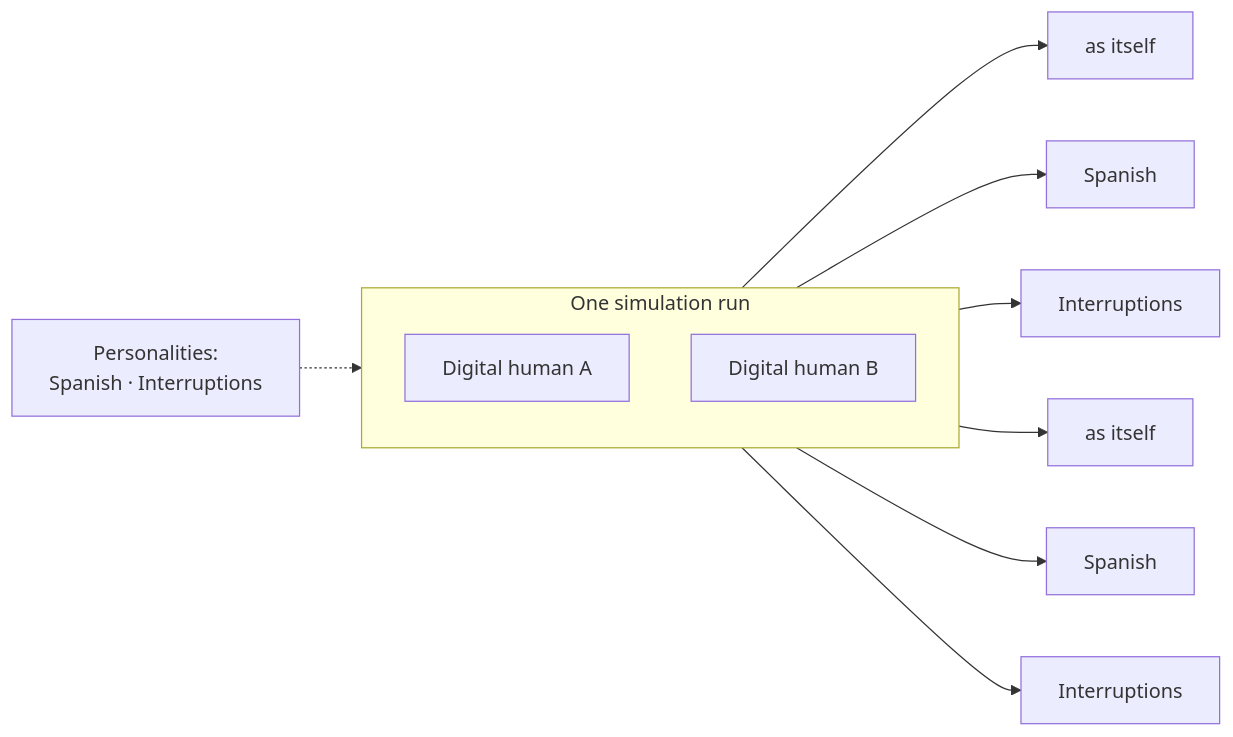
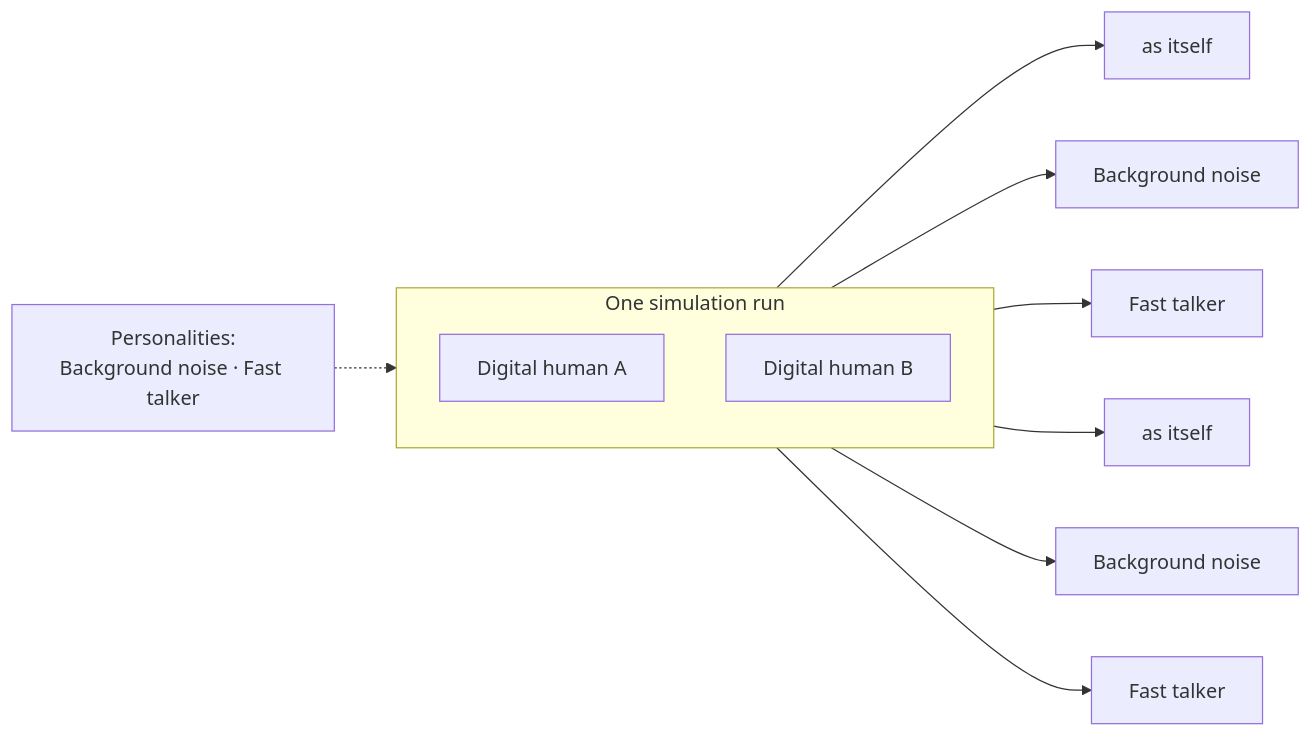
One commit to bluejay-ai-dev/docs changed the diagram in key-concepts/digital-humans/personalities.mdx. Above: the diagram before and after it, drawn with Mermaid. The commit also changed other lines of this file and 1 other file, not shown here.

First line of the commit message:
[ENG-1109] Describe personalities as behavior configs

````diff
--- a/key-concepts/digital-humans/personalities.mdx
+++ b/key-concepts/digital-humans/personalities.mdx
@@ -18,17 +18,17 @@
 ```mermaid
 flowchart LR
     subgraph Run["One simulation run"]
         direction TB
         DH1[Digital human A]
         DH2[Digital human B]
     end
-    P["Personalities:<br/>Spanish · Interruptions"]
+    P["Personalities:<br/>Background noise · Fast talker"]
 
     DH1 --> A1[as itself]
-    DH1 --> A2[Spanish]
-    DH1 --> A3[Interruptions]
+    DH1 --> A2[Background noise]
+    DH1 --> A3[Fast talker]
     DH2 --> B1[as itself]
-    DH2 --> B2[Spanish]
-    DH2 --> B3[Interruptions]
+    DH2 --> B2[Background noise]
+    DH2 --> B3[Fast talker]
     P -.-> Run
 ```
````
